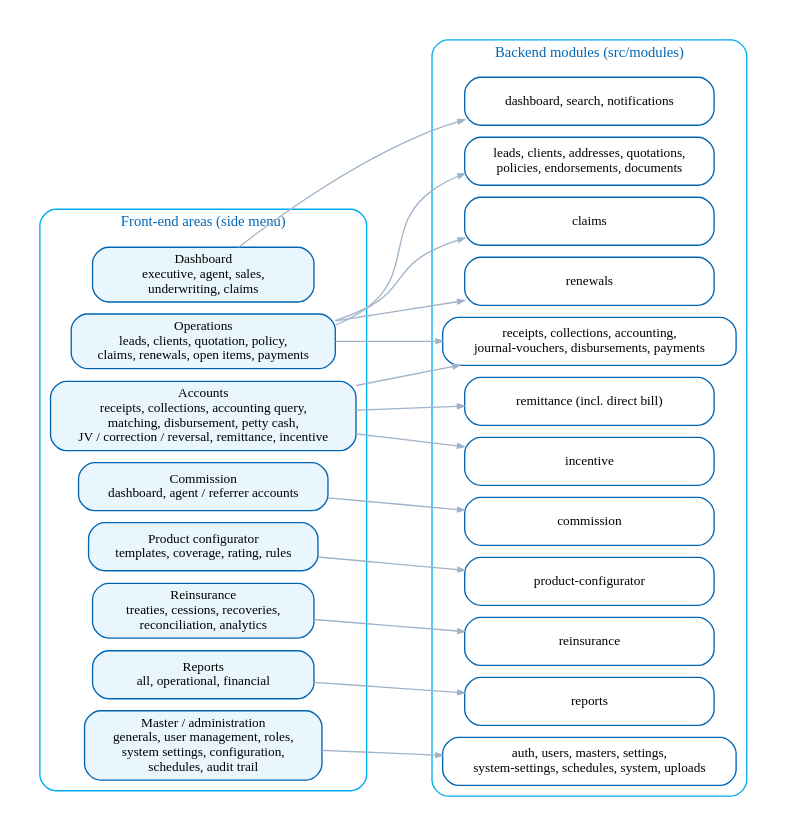
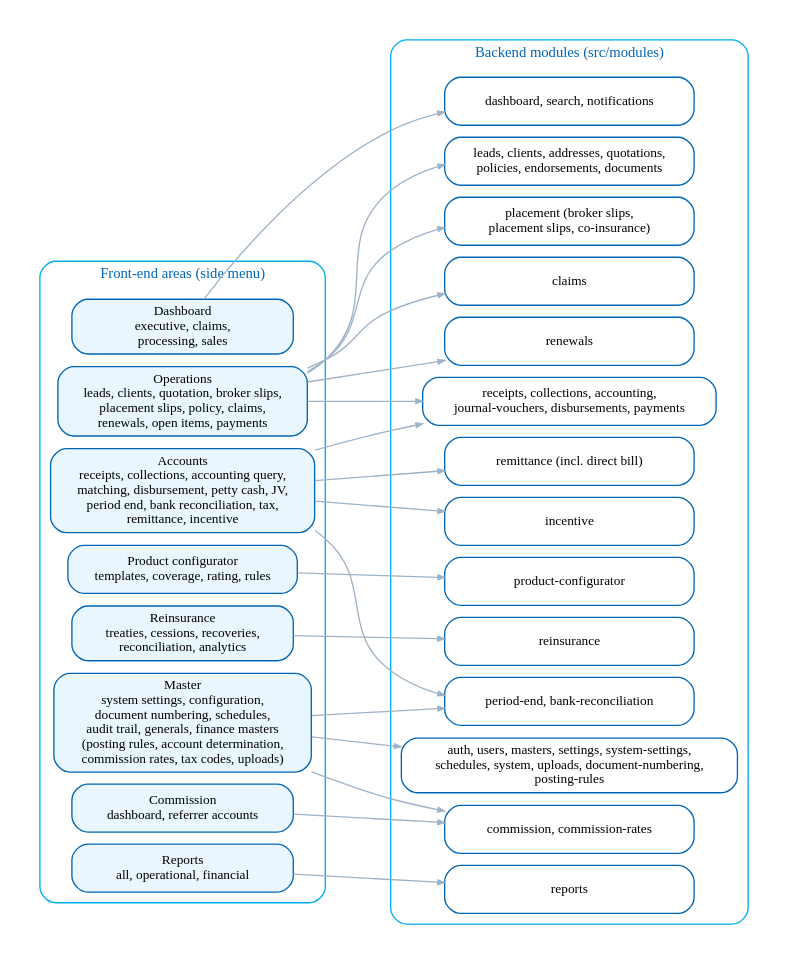
Before and after one commit to IortaTexhNXT-DEV/BDOI-OOTB: the diagram in docs/architecture/diagrams/d01_module_map.dot, drawn with Graphviz. The commit also changed 33 other files, not shown here.

First line of the commit message:
Architecture diagrams: current modules, broker roles and the deployment on the BrokerVerse URL

```diff
--- a/docs/architecture/diagrams/d01_module_map.dot
+++ b/docs/architecture/diagrams/d01_module_map.dot
@@ -1,33 +1,36 @@
-// Module map: front-end areas (menus) and the backend modules (src/modules) they call. Document 01.
+// Module map: front-end areas (side menu, components/SideBar/list.js) and the backend modules (src/modules) they call. Document 01.
 digraph G {
   graph [rankdir=LR, fontname="Nunito", fontsize=11, nodesep=0.12, ranksep=0.9, pad=0.2];
   node  [shape=box, style="rounded,filled", fillcolor="#EAF6FD", color="#0065B3", fontname="Nunito", fontsize=10, width=2.3];
   edge  [color="#9FB3C8", arrowsize=0.5, fontname="Nunito", fontsize=9];
   subgraph cluster_fe { label="Front-end areas (side menu)"; style="rounded"; color="#00ACF1"; fontcolor="#0065B3";
-    f_dash [label="Dashboard\nexecutive, agent, sales,\nunderwriting, claims"];
-    f_ops [label="Operations\nleads, clients, quotation, policy,\nclaims, renewals, open items, payments"];
-    f_acc [label="Accounts\nreceipts, collections, accounting query,\nmatching, disbursement, petty cash,\nJV / correction / reversal, remittance, incentive"];
-    f_com [label="Commission\ndashboard, agent / referrer accounts"];
+    f_dash [label="Dashboard\nexecutive, claims,\nprocessing, sales"];
+    f_ops [label="Operations\nleads, clients, quotation, broker slips,\nplacement slips, policy, claims,\nrenewals, open items, payments"];
+    f_acc [label="Accounts\nreceipts, collections, accounting query,\nmatching, disbursement, petty cash, JV,\nperiod end, bank reconciliation, tax,\nremittance, incentive"];
+    f_com [label="Commission\ndashboard, referrer accounts"];
     f_pc [label="Product configurator\ntemplates, coverage, rating, rules"];
     f_ri [label="Reinsurance\ntreaties, cessions, recoveries,\nreconciliation, analytics"];
     f_rep [label="Reports\nall, operational, financial"];
-    f_mas [label="Master / administration\ngenerals, user management, roles,\nsystem settings, configuration,\nschedules, audit trail"];
+    f_mas [label="Master\nsystem settings, configuration,\ndocument numbering, schedules,\naudit trail, generals, finance masters\n(posting rules, account determination,\ncommission rates, tax codes, uploads)"];
   }
   subgraph cluster_be { label="Backend modules (src/modules)"; style="rounded"; color="#00ACF1"; fontcolor="#0065B3";
     node [fillcolor="#FFFFFF", width=2.6];
     b_dash [label="dashboard, search, notifications"];
     b_sales [label="leads, clients, addresses, quotations,\npolicies, endorsements, documents"];
+    b_plc [label="placement (broker slips,\nplacement slips, co-insurance)"];
     b_claims [label="claims"];
     b_ren [label="renewals"];
     b_fin [label="receipts, collections, accounting,\njournal-vouchers, disbursements, payments"];
-    b_com [label="commission"];
+    b_pe [label="period-end, bank-reconciliation"];
+    b_com [label="commission, commission-rates"];
     b_rem [label="remittance (incl. direct bill)"];
     b_inc [label="incentive"];
     b_pc [label="product-configurator"];
     b_ri [label="reinsurance"];
     b_rep [label="reports"];
-    b_adm [label="auth, users, masters, settings,\nsystem-settings, schedules, system, uploads"];
+    b_adm [label="auth, users, masters, settings, system-settings,\nschedules, system, uploads, document-numbering,\nposting-rules"];
   }
-  f_dash -> b_dash; f_ops -> b_sales; f_ops -> b_claims; f_ops -> b_ren; f_ops -> b_fin;
-  f_acc -> b_fin; f_acc -> b_rem; f_acc -> b_inc; f_com -> b_com; f_pc -> b_pc; f_ri -> b_ri; f_rep -> b_rep; f_mas -> b_adm;
+  f_dash -> b_dash; f_ops -> b_sales; f_ops -> b_plc; f_ops -> b_claims; f_ops -> b_ren; f_ops -> b_fin;
+  f_acc -> b_fin; f_acc -> b_pe; f_acc -> b_rem; f_acc -> b_inc; f_com -> b_com; f_pc -> b_pc; f_ri -> b_ri; f_rep -> b_rep;
+  f_mas -> b_adm; f_mas -> b_com; f_mas -> b_pe;
 }
```
